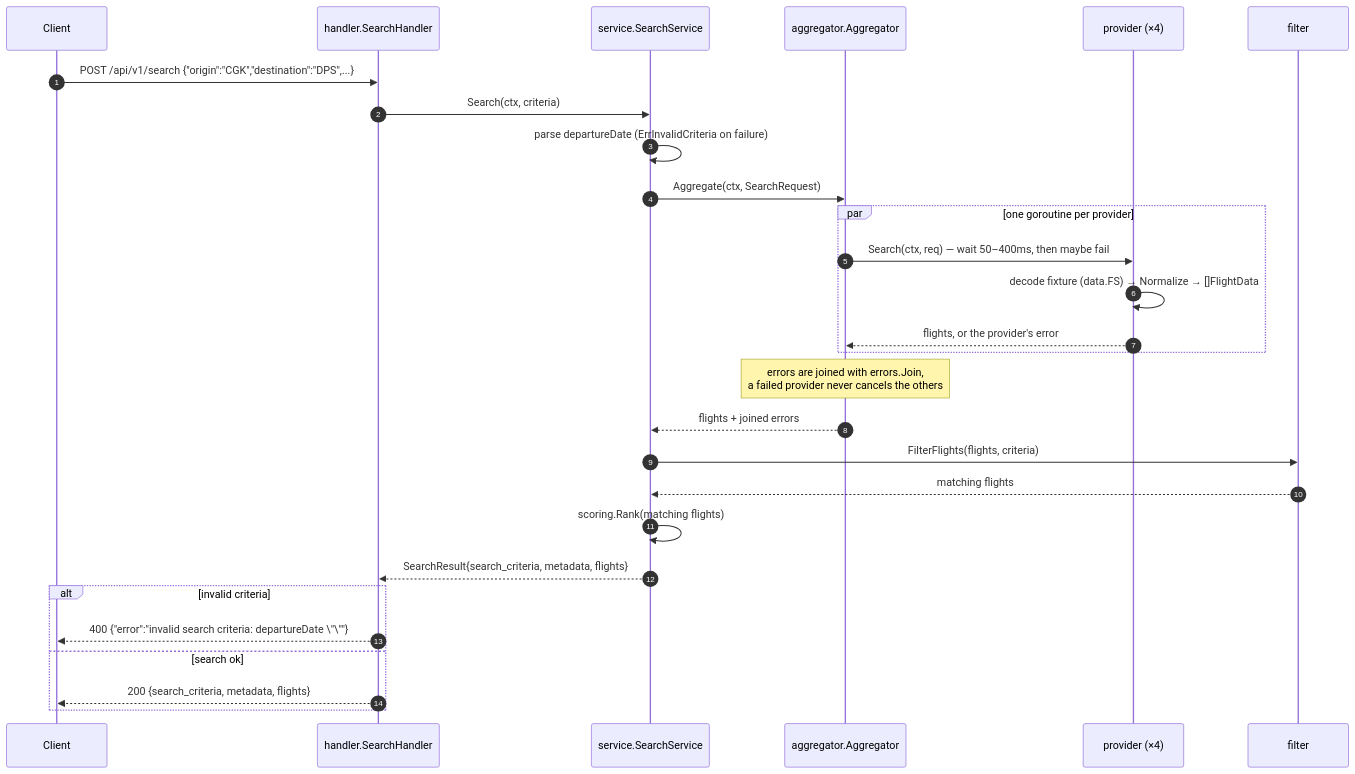
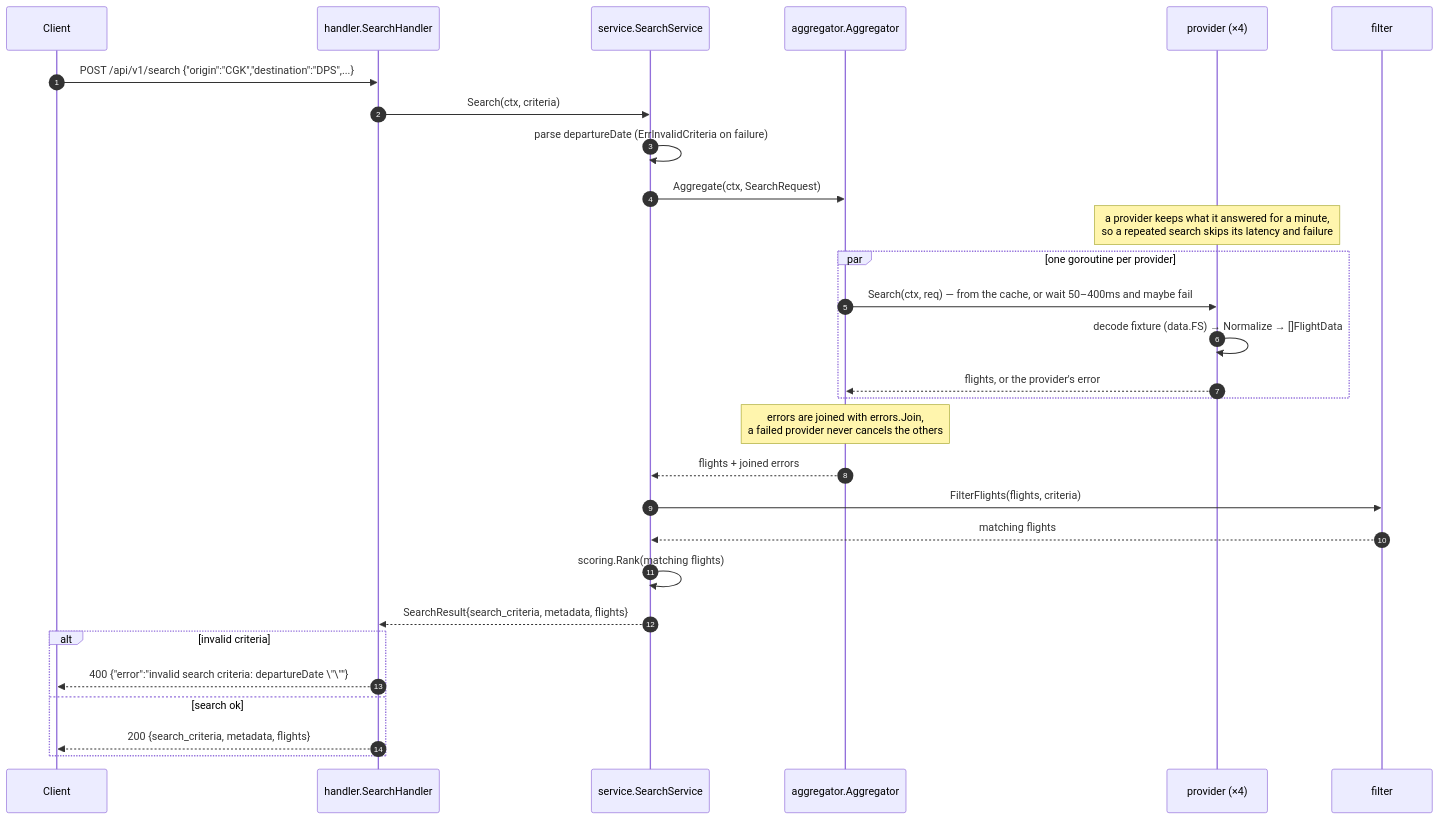
One commit to setiahartono/bookcabin-flight changed the diagram in README.md. Above: the diagram before and after it, drawn with Mermaid. The commit also changed other lines of this file and 17 other files, not shown here.

````diff
--- a/README.md
+++ b/README.md
@@ -57,31 +61,32 @@
 ```mermaid
 sequenceDiagram
     autonumber
     participant C as Client
     participant H as handler.SearchHandler
     participant S as service.SearchService
     participant A as aggregator.Aggregator
     participant P as provider (×4)
     participant F as filter
 
     C->>H: POST /api/v1/search {"origin":"CGK","destination":"DPS",...}
     H->>S: Search(ctx, criteria)
     S->>S: parse departureDate (ErrInvalidCriteria on failure)
     S->>A: Aggregate(ctx, SearchRequest)
+    Note over P: a provider keeps what it answered for a minute,<br/>so a repeated search skips its latency and failure
     par one goroutine per provider
-        A->>P: Search(ctx, req) — wait 50–400ms, then maybe fail
+        A->>P: Search(ctx, req) — from the cache, or wait 50–400ms and maybe fail
         P->>P: decode fixture (data.FS) → Normalize → []FlightData
         P-->>A: flights, or the provider's error
     end
     Note over A: errors are joined with errors.Join,<br/>a failed provider never cancels the others
     A-->>S: flights + joined errors
     S->>F: FilterFlights(flights, criteria)
     F-->>S: matching flights
     S->>S: scoring.Rank(matching flights)
     S-->>H: SearchResult{search_criteria, metadata, flights}
     alt invalid criteria
         H-->>C: 400 {"error":"invalid search criteria: departureDate \"\""}
     else search ok
         H-->>C: 200 {search_criteria, metadata, flights}
     end
 ```
````
